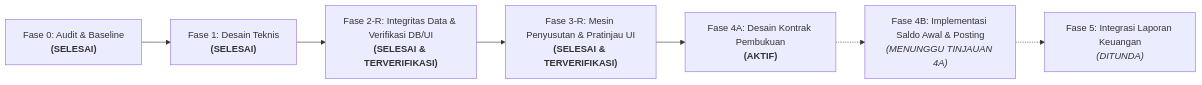
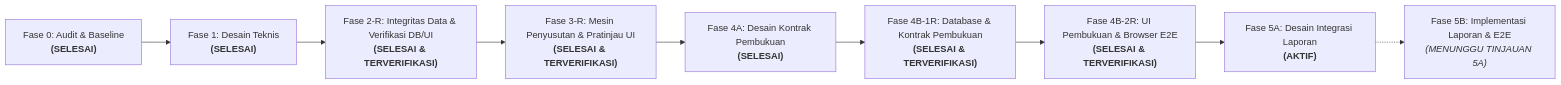
The second of 3 diagrams in docs/aset-inventaris-technical-design.md (rhesal/simkos-v2), drawn with Mermaid before and after one commit. The commit also changed other lines of this file, not shown here.

Commit message:
docs(aset): fase 5a report integration design and roadmap sync

````diff
--- a/docs/aset-inventaris-technical-design.md
+++ b/docs/aset-inventaris-technical-design.md
@@ -553,9 +553,11 @@
 ```mermaid
 flowchart LR
     F0["Fase 0: Audit & Baseline<br><b>(SELESAI)</b>"] --> F1["Fase 1: Desain Teknis<br><b>(SELESAI)</b>"]
     F1 --> F2R["Fase 2-R: Integritas Data & Verifikasi DB/UI<br><b>(SELESAI & TERVERIFIKASI)</b>"]
     F2R --> F3R["Fase 3-R: Mesin Penyusutan & Pratinjau UI<br><b>(SELESAI & TERVERIFIKASI)</b>"]
-    F3R --> F4A["Fase 4A: Desain Kontrak Pembukuan<br><b>(AKTIF)</b>"]
-    F4A -.-> F4B["Fase 4B: Implementasi Saldo Awal & Posting<br><i>(MENUNGGU TINJAUAN 4A)</i>"]
-    F4B -.-> F5["Fase 5: Integrasi Laporan Keuangan<br><i>(DITUNDA)</i>"]
+    F3R --> F4A["Fase 4A: Desain Kontrak Pembukuan<br><b>(SELESAI)</b>"]
+    F4A --> F4B1R["Fase 4B-1R: Database & Kontrak Pembukuan<br><b>(SELESAI & TERVERIFIKASI)</b>"]
+    F4B1R --> F4B2R["Fase 4B-2R: UI Pembukuan & Browser E2E<br><b>(SELESAI & TERVERIFIKASI)</b>"]
+    F4B2R --> F5A["Fase 5A: Desain Integrasi Laporan<br><b>(AKTIF)</b>"]
+    F5A -.-> F5B["Fase 5B: Implementasi Laporan & E2E<br><i>(MENUNGGU TINJAUAN 5A)</i>"]
 ```
````
